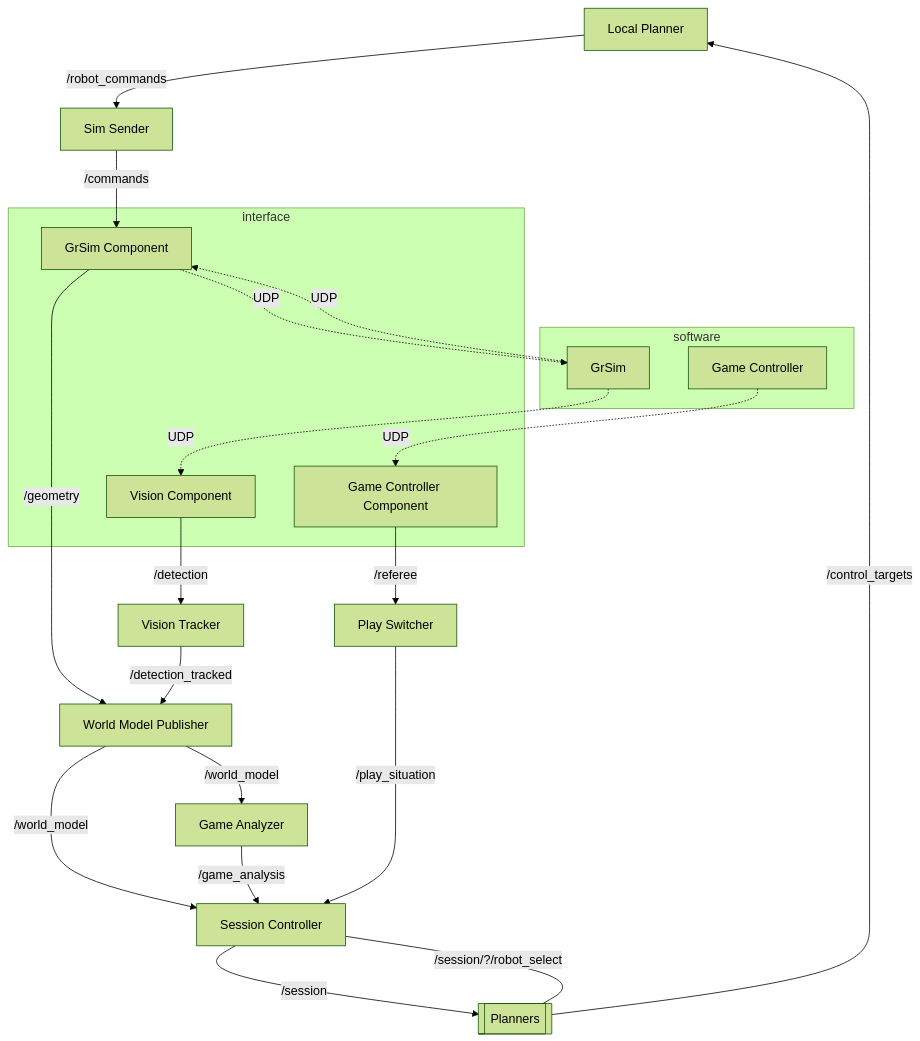
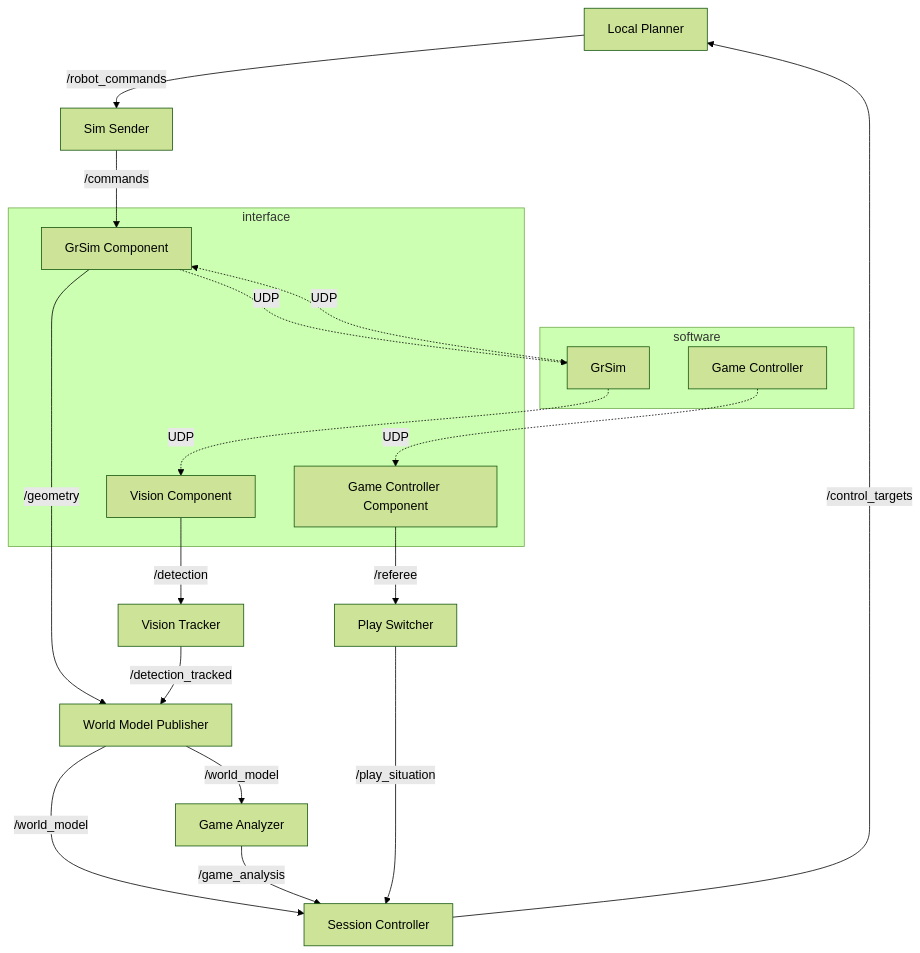
The diagram in docs/diagram.md (ibis-ssl/crane), drawn with Mermaid (forest theme) before and after one commit.

Commit message:
ノードダイアグラムを更新

````diff
--- a/docs/diagram.md
+++ b/docs/diagram.md
@@ -3,53 +3,50 @@
 ```mermaid
 graph TD
     LP[Local Planner]
-    PLs[[Planners]]
     PS[Play Switcher]
     GA[Game Analyzer]
 
     subgraph interface
         VC[Vision Component]
         GrC[GrSim Component]
         GCC[Game Controller Component]
     end
 
     SC[Session Controller]
     SS[Sim Sender]
 
 
 
     VT[Vision Tracker]
     WP[World Model Publisher]
 
     subgraph software
         GrSim[GrSim]
         GC[Game Controller]
     end
 
     WP -- /world_model -->  SC
     WP -- /world_model -->  GA
     GA -- /game_analysis -->  SC
 
 
     GrC -. UDP .->  GrSim
 
     GrSim -. UDP .->  GrC
     GrC -- /geometry -->  WP
 
     GrSim -. UDP .->  VC
 
 
     VC -- /detection -->  VT
     VT -- /detection_tracked -->  WP
 
     GC -. UDP .->  GCC
     GCC -- /referee -->  PS
     PS -- /play_situation --> SC
-    SC -- /session -->  PLs
-    PLs -- /control_targets -->  LP
+    SC -- /control_targets --> LP
     LP -- /robot_commands -->  SS
     SS -- /commands -->  GrC
 
 
-    SC -- /session/?/robot_select ---  PLs
 ```
````
